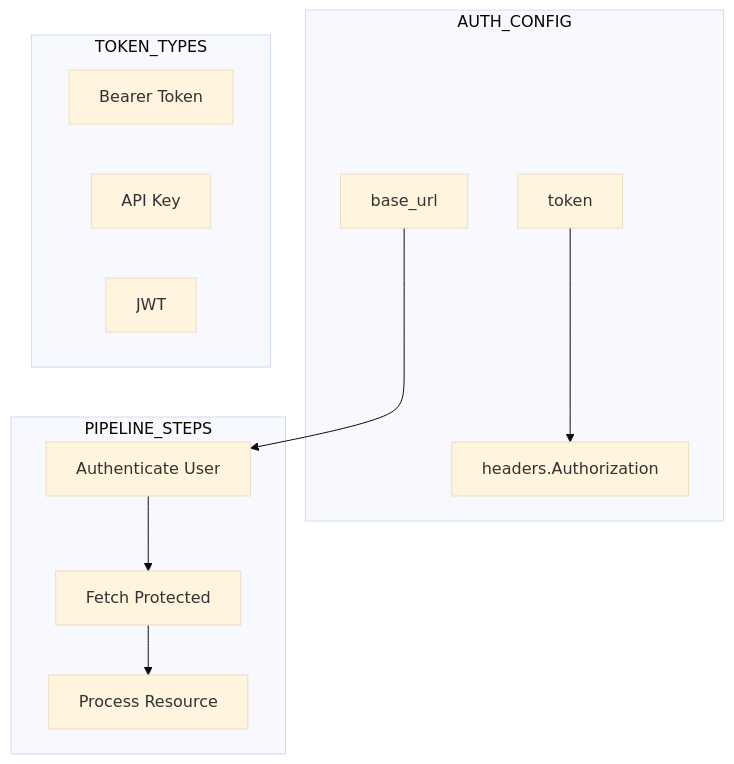
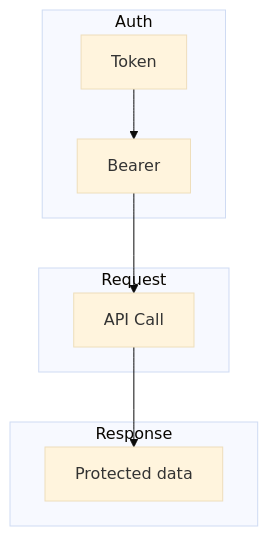
One commit to wisrovi/wpipe changed the third of 5 diagrams in examples/api_pipeline/13_authentication/README.md. Above: the diagram before and after it, drawn with Mermaid (base theme). The commit also changed other lines of this file and 20 other files, not shown here.

First line of the commit message:
Simplify Mermaid diagrams for better rendering

````diff
--- a/examples/api_pipeline/13_authentication/README.md
+++ b/examples/api_pipeline/13_authentication/README.md
@@ -39,23 +35,19 @@
 ```mermaid
 graph TB
-    subgraph AUTH_CONFIG
-        A1[base_url]
-        A2[token]
-        A3[headers.Authorization]
+    subgraph Auth
+        A[Token]
+        B[Bearer]
     end
     
-    subgraph TOKEN_TYPES
-        T1[Bearer Token]
-        T2[API Key]
-        T3[JWT]
+    subgraph Request
+        C[API Call]
     end
     
-    subgraph PIPELINE_STEPS
-        P1[Authenticate User]
-        P2[Fetch Protected]
-        P3[Process Resource]
+    subgraph Response
+        D[Protected data]
     end
     
-    A1 --> P1 --> P2 --> P3
-    A2 --> A3
+    A --> B
+    B --> C
+    C --> D
 ```
````
